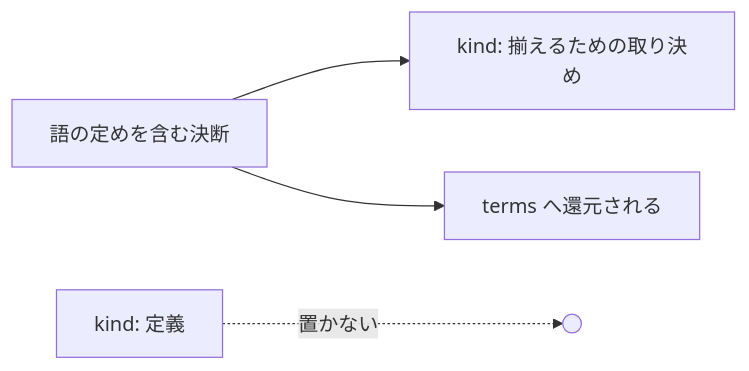
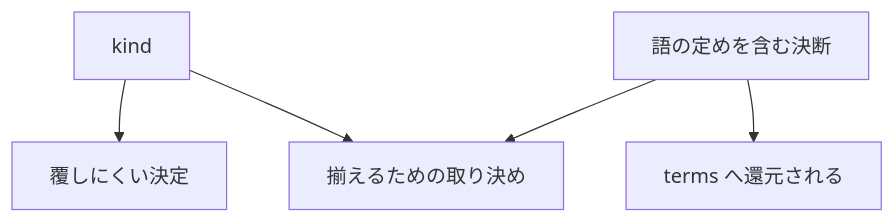
One commit to gameundwatch/codifier changed the second of 2 diagrams in docs/archivist/L3_structures/decision-attributes.md. Above: the diagram before and after it, drawn with Mermaid. The commit also changed other lines of this file, not shown here.

Commit message:
fix: decision-attributes D2 の空ノードを消す
意味の無い Z(( )) を削り、kind の二分を図で示す形に描き直す。

Claude-Session: https://claude.ai/code/session_01WRWegrRVb23PDzT6b4r57N

````diff
--- a/docs/archivist/L3_structures/decision-attributes.md
+++ b/docs/archivist/L3_structures/decision-attributes.md
@@ -32,7 +32,7 @@
 ```mermaid
-flowchart LR
-    X[語の定めを含む決断] --> K[kind: 揃えるための取り決め]
+flowchart TD
+    K[kind] --> K1[覆しにくい決定]
+    K --> K2[揃えるための取り決め]
+    X[語の定めを含む決断] --> K2
     X --> T[terms へ還元される]
-    N[kind: 定義]
-    N -.->|置かない| Z(( ))
 ```
````
